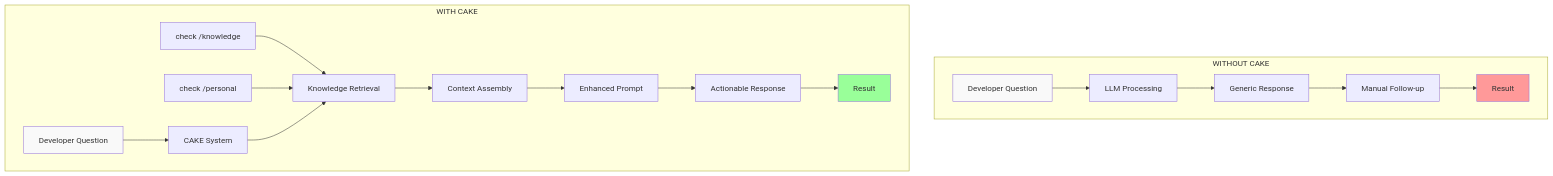
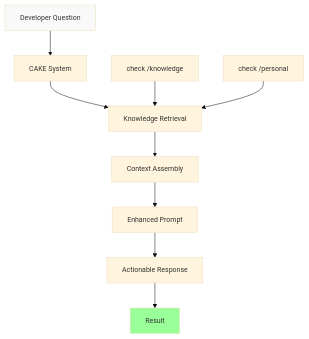
One commit to tk0221/prompt-template changed the second of 3 diagrams in README.md. Above: the diagram before and after it, drawn with Mermaid. The commit also changed other lines of this file, not shown here.

Commit message:
update graph

````diff
--- a/README.md
+++ b/README.md
@@ -9,37 +28,22 @@
 ```mermaid
+%%{init: {'theme':'base', 'themeVariables': { 'fontSize': '14px' }}}%%
 graph TD
-    subgraph subGraph0["WITHOUT CAKE"]
-        B1["LLM Processing"]
-        A1["Developer Question"]
-        D1["Generic Response"]
-        E1["Manual Follow-up"]
-        F1["Result"]
-    end
-    subgraph subGraph1["WITH CAKE"]
-        A2["Developer Question"]
-        B2["CAKE System"]
-        C2["Knowledge Retrieval"]
-        C22["check /knowledge"]
-        C222["check /personal"]
-        D2["Context Assembly"]
-        E2["Enhanced Prompt"]
-        F2["Actionable Response"]
-        G2["Result"]
-    end
-    A1 --> B1
-    B1 --> D1
-    D1 --> E1
-    E1 --> F1
-    A2 --> B2
-    C2 --> D2
-    C22 --> C2
-    C222 --> C2
-    B2 --> C2 
-    D2 --> E2
-    E2 --> F2
-    F2 --> G2
-    style A1 fill:#f9f9f9
-    style F1 fill:#ff9999
-    style A2 fill:#f9f9f9
-    style G2 fill:#99ff99
+    A2["Developer Question"] --> B2["CAKE System"]
+    B2 --> C2["Knowledge Retrieval"]
+    C2 --> D2["Context Assembly"]
+    C22["check /knowledge"] --> C2
+    C222["check /personal"] --> C2
+    D2 --> E2["Enhanced Prompt"]
+    E2 --> F2["Actionable Response"]
+    F2 --> G2["Result"]
+    
+    style A2 fill:#f9f9f9,font-size:14px
+    style B2 font-size:14px
+    style C2 font-size:14px
+    style C22 font-size:14px
+    style C222 font-size:14px
+    style D2 font-size:14px
+    style E2 font-size:14px
+    style F2 font-size:14px
+    style G2 fill:#99ff99,font-size:14px
 ```
````
